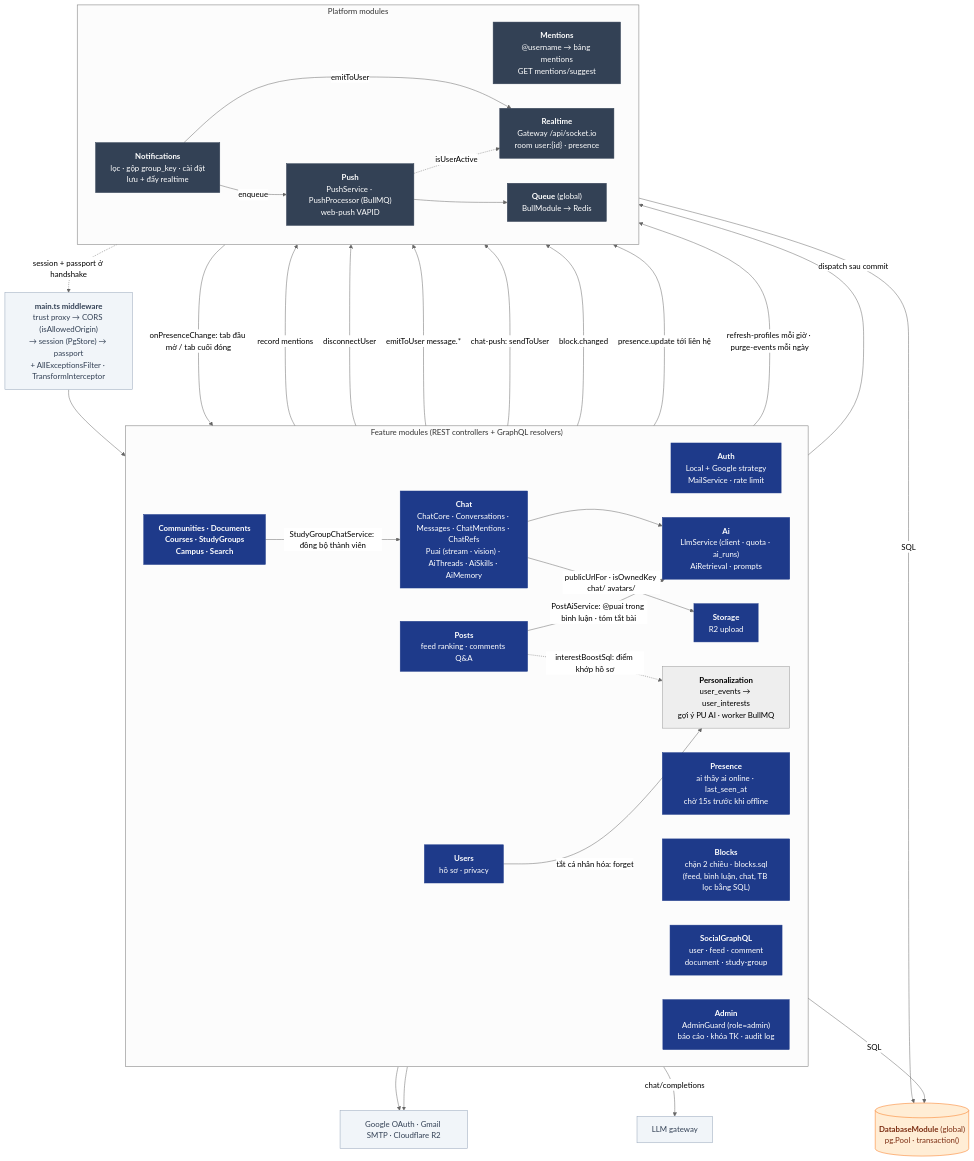
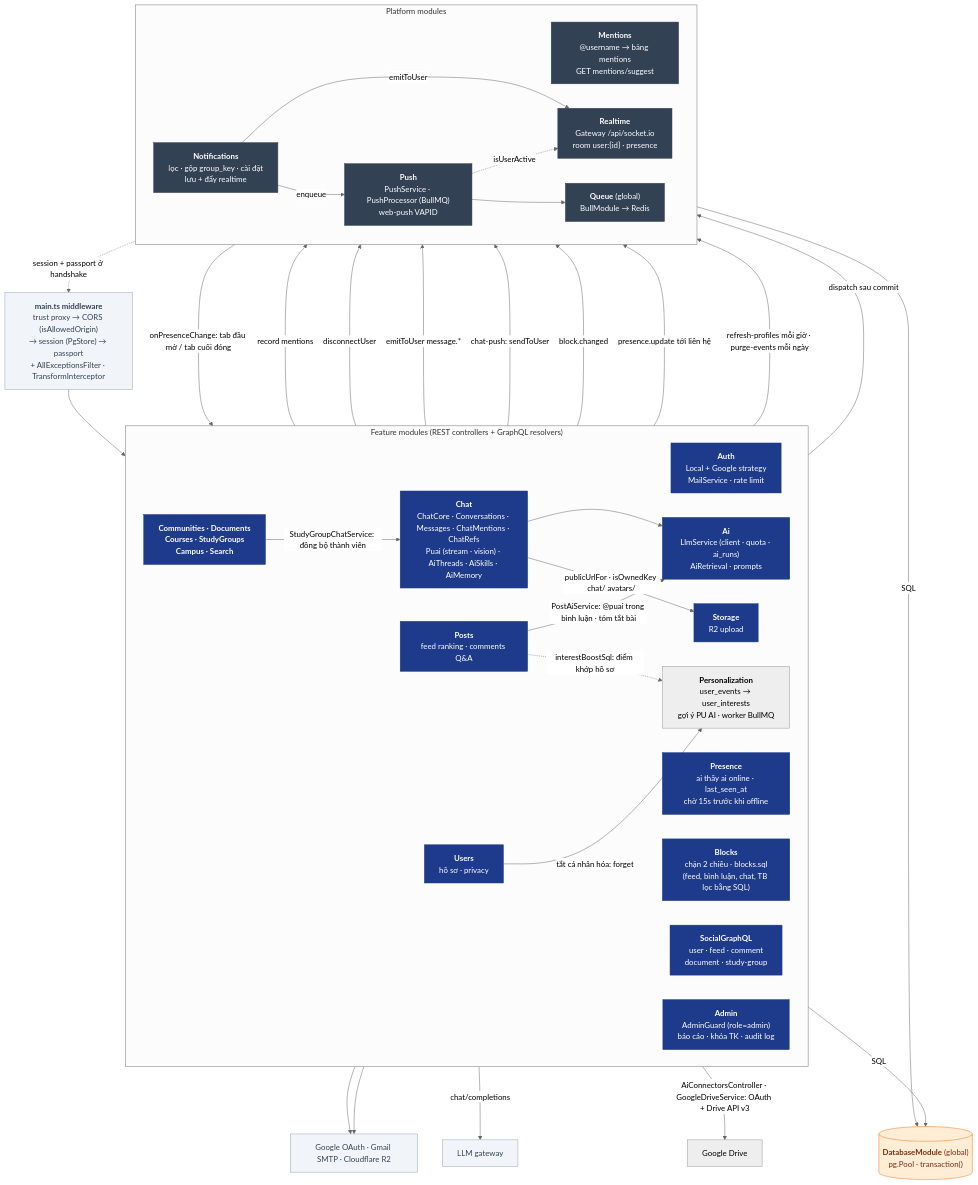
One commit to nhatcoi/pu-connect changed the diagram in docs/diagrams/03-api-components.md. Above: the diagram before and after it, drawn with Mermaid (neutral theme). The commit also changed other lines of this file and 8 other files, not shown here.

Commit message:
docs(ai): document Google Drive connector, diagrams and ERD

````diff
--- a/docs/diagrams/03-api-components.md
+++ b/docs/diagrams/03-api-components.md
@@ -7,65 +7,66 @@
 ```mermaid
 flowchart TB
   mw["<b>main.ts middleware</b><br/>trust proxy → CORS (isAllowedOrigin)<br/>→ session (PgStore) → passport<br/>+ AllExceptionsFilter · TransformInterceptor"]
 
   subgraph Feature["Feature modules (REST controllers + GraphQL resolvers)"]
     direction LR
     auth["<b>Auth</b><br/>Local + Google strategy<br/>MailService · rate limit"]
     users["<b>Users</b><br/>hồ sơ · privacy"]
     presence["<b>Presence</b><br/>ai thấy ai online · last_seen_at<br/>chờ 15s trước khi offline"]
     blocks["<b>Blocks</b><br/>chặn 2 chiều · blocks.sql<br/>(feed, bình luận, chat, TB lọc bằng SQL)"]
     posts["<b>Posts</b><br/>feed ranking · comments Q&A"]
     gql["<b>SocialGraphQL</b><br/>user · feed · comment<br/>document · study-group"]
     others["<b>Communities · Documents<br/>Courses · StudyGroups<br/>Campus · Search</b>"]
     storage["<b>Storage</b><br/>R2 upload"]
     admin["<b>Admin</b><br/>AdminGuard (role=admin)<br/>báo cáo · khóa TK · audit log"]
     chat["<b>Chat</b><br/>ChatCore · Conversations · Messages · ChatMentions · ChatRefs<br/>Puai (stream · vision) · AiThreads · AiSkills · AiMemory"]
     ai["<b>Ai</b><br/>LlmService (client · quota · ai_runs)<br/>AiRetrieval · prompts"]
     perso["<b>Personalization</b><br/>user_events → user_interests<br/>gợi ý PU AI · worker BullMQ"]
   end
 
   subgraph Platform["Platform modules"]
     direction LR
     mentions["<b>Mentions</b><br/>@username → bảng mentions<br/>GET mentions/suggest"]
     notif["<b>Notifications</b><br/>lọc · gộp group_key · cài đặt<br/>lưu + đẩy realtime"]
     rt["<b>Realtime</b><br/>Gateway /api/socket.io<br/>room user:{id} · presence"]
     push["<b>Push</b><br/>PushService · PushProcessor (BullMQ)<br/>web-push VAPID"]
     queue["<b>Queue</b> (global)<br/>BullModule → Redis"]
   end
 
   db[("<b>DatabaseModule</b> (global)<br/>pg.Pool · transaction()")]
   ext["Google OAuth · Gmail SMTP · Cloudflare R2"]
 
   mw --> Feature
   posts -->|record mentions| mentions
   Feature -->|dispatch sau commit| notif -->|emitToUser| rt
   notif -->|enqueue| push --> queue
   push -. isUserActive .-> rt
   rt -. session + passport ở handshake .-> mw
   Feature -->|SQL| db
   Platform -->|SQL| db
   auth & storage --> ext
   admin -->|disconnectUser| rt
   chat -->|emitToUser message.*| rt
   chat -->|chat-push: sendToUser| push
   chat --> ai
   posts -->|PostAiService: @puai trong bình luận · tóm tắt bài| ai
   ai -->|chat/completions| llm["LLM gateway"]
+  ai -->|AiConnectorsController · GoogleDriveService: OAuth + Drive API v3| gdrive["Google Drive"]
   chat -->|publicUrlFor · isOwnedKey chat/ avatars/| storage
   others -->|StudyGroupChatService: đồng bộ thành viên| chat
   blocks -->|block.changed| rt
   rt -->|onPresenceChange: tab đầu mở / tab cuối đóng| presence
   presence -->|presence.update tới liên hệ| rt
   users -->|tắt cá nhân hóa: forget| perso
   perso -->|refresh-profiles mỗi giờ · purge-events mỗi ngày| queue
   posts -. interestBoostSql: điểm khớp hồ sơ .-> perso
 
   classDef mod fill:#1e3a8a,stroke:#1e3a8a,color:#fff
   classDef plat fill:#334155,stroke:#334155,color:#fff
   classDef store fill:#ffedd5,stroke:#f97316,color:#7c2d12
   classDef external fill:#f1f5f9,stroke:#94a3b8,color:#334155
   class auth,users,blocks,presence,ai,posts,communities,others,storage,gql,admin,chat mod
   class mentions,notif,rt,push,queue plat
   class db store
   class ext,mw,llm external
 ```
````
